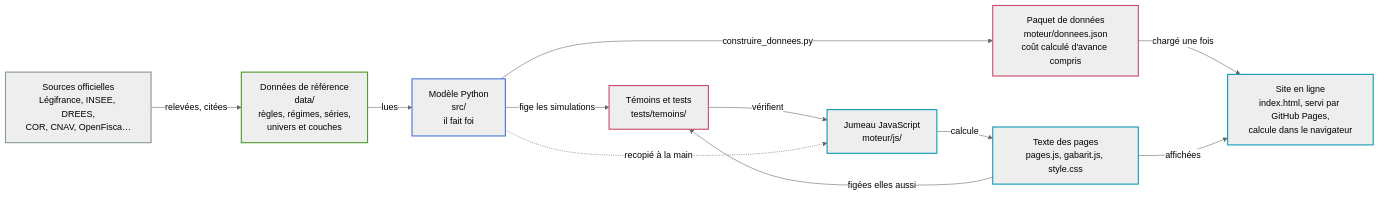
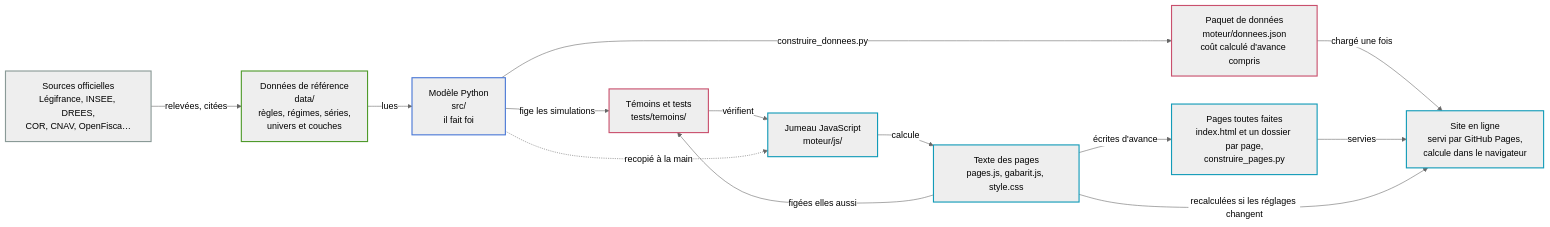
The first of 4 diagrams in docs/carte_du_depot.md (g-pliberal/retraitecomptenotionelle), drawn with Mermaid (neutral theme) before and after one commit. The commit also changed other lines of this file and 36 other files, not shown here.

````diff
--- a/docs/carte_du_depot.md
+++ b/docs/carte_du_depot.md
@@ -33,33 +33,36 @@
 ```mermaid
 flowchart LR
   sources["Sources officielles<br/>Légifrance, INSEE, DREES,<br/>COR, CNAV, OpenFisca…"]
   donnees["Données de référence<br/>data/<br/>règles, régimes, séries,<br/>univers et couches"]
   python["Modèle Python<br/>src/<br/>il fait foi"]
   paquet["Paquet de données<br/>moteur/donnees.json<br/>coût calculé d'avance compris"]
   temoins["Témoins et tests<br/>tests/temoins/"]
   jumeau["Jumeau JavaScript<br/>moteur/js/"]
   pages["Texte des pages<br/>pages.js, gabarit.js, style.css"]
-  site["Site en ligne<br/>index.html, servi par GitHub Pages,<br/>calcule dans le navigateur"]
+  toutes["Pages toutes faites<br/>index.html et un dossier par page,<br/>construire_pages.py"]
+  site["Site en ligne<br/>servi par GitHub Pages,<br/>calcule dans le navigateur"]
 
   sources -->|"relevées, citées"| donnees
   donnees -->|"lues"| python
   python -->|"construire_donnees.py"| paquet
   paquet -->|"chargé une fois"| site
   python -->|"fige les simulations"| temoins
   pages -->|"figées elles aussi"| temoins
   temoins -->|"vérifient"| jumeau
   python -.->|"recopié à la main"| jumeau
   jumeau -->|"calcule"| pages
-  pages -->|"affichées"| site
+  pages -->|"écrites d'avance"| toutes
+  toutes -->|"servies"| site
+  pages -->|"recalculées si les réglages changent"| site
 
   classDef z_dehors stroke:#8a9a97,stroke-width:2px
   classDef z_donnees stroke:#4f9a2b,stroke-width:2px
   classDef z_modele stroke:#4a78d6,stroke-width:2px
   classDef z_site stroke:#129bb8,stroke-width:2px
   classDef z_atelier stroke:#c9506d,stroke-width:2px
   class sources z_dehors
   class donnees z_donnees
   class python z_modele
   class paquet,temoins z_atelier
-  class jumeau,pages,site z_site
+  class jumeau,pages,toutes,site z_site
 ```
````
